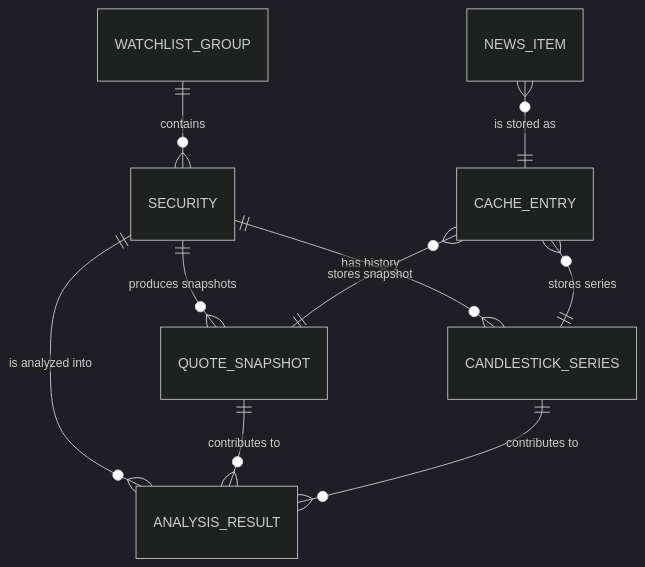
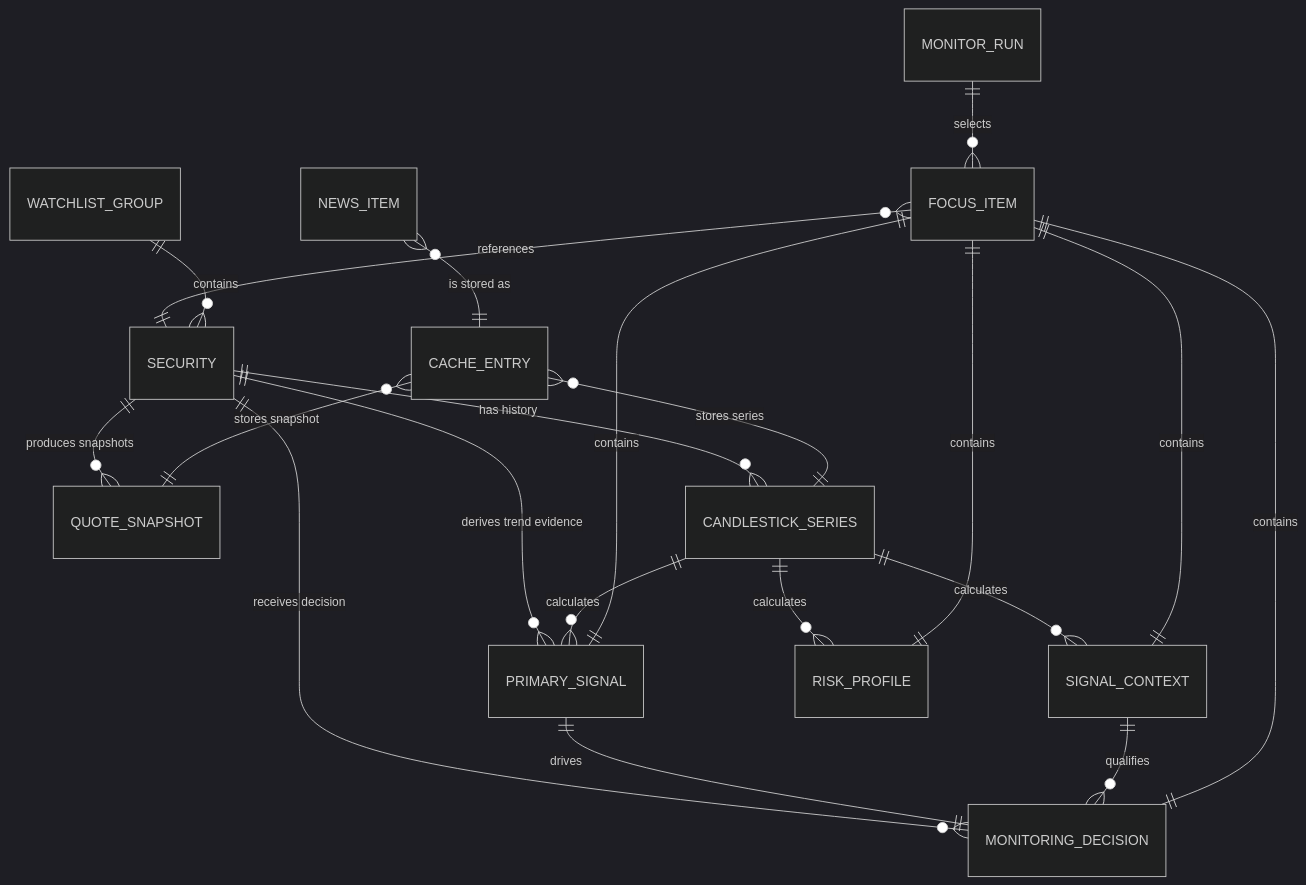
Before and after one commit to zhuxining/stk-cli: the diagram in docs/design/architecture.md, drawn with Mermaid (dark theme). The commit also changed other lines of this file and 17 other files, not shown here.

First line of the commit message:
refactor(scan): restructure for daily monitoring focus

````diff
--- a/docs/design/architecture.md
+++ b/docs/design/architecture.md
@@ -112,12 +121,22 @@
 ```mermaid
 erDiagram
     SECURITY ||--o{ QUOTE_SNAPSHOT : "produces snapshots"
     SECURITY ||--o{ CANDLESTICK_SERIES : "has history"
-    SECURITY ||--o{ ANALYSIS_RESULT : "is analyzed into"
+    SECURITY ||--o{ PRIMARY_SIGNAL : "derives trend evidence"
+    SECURITY ||--o{ MONITORING_DECISION : "receives decision"
+    CANDLESTICK_SERIES ||--o{ PRIMARY_SIGNAL : "calculates"
+    CANDLESTICK_SERIES ||--o{ SIGNAL_CONTEXT : "calculates"
+    CANDLESTICK_SERIES ||--o{ RISK_PROFILE : "calculates"
+    PRIMARY_SIGNAL ||--|| MONITORING_DECISION : "drives"
+    SIGNAL_CONTEXT ||--o{ MONITORING_DECISION : "qualifies"
+    MONITOR_RUN ||--o{ FOCUS_ITEM : "selects"
+    FOCUS_ITEM }o--|| SECURITY : "references"
+    FOCUS_ITEM ||--|| MONITORING_DECISION : "contains"
+    FOCUS_ITEM ||--|| PRIMARY_SIGNAL : "contains"
+    FOCUS_ITEM ||--|| SIGNAL_CONTEXT : "contains"
+    FOCUS_ITEM ||--|| RISK_PROFILE : "contains"
     WATCHLIST_GROUP ||--o{ SECURITY : "contains"
-    QUOTE_SNAPSHOT ||--o{ ANALYSIS_RESULT : "contributes to"
-    CANDLESTICK_SERIES ||--o{ ANALYSIS_RESULT : "contributes to"
     CACHE_ENTRY }o--|| QUOTE_SNAPSHOT : "stores snapshot"
     CACHE_ENTRY }o--|| CANDLESTICK_SERIES : "stores series"
     NEWS_ITEM }o--|| CACHE_ENTRY : "is stored as"
 ```
````
